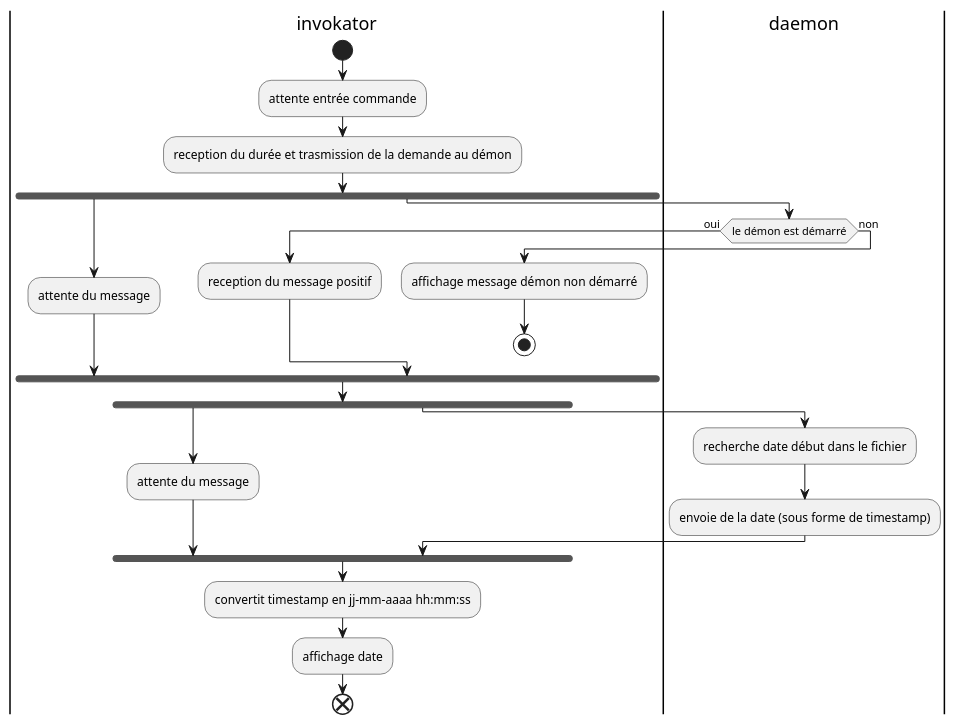
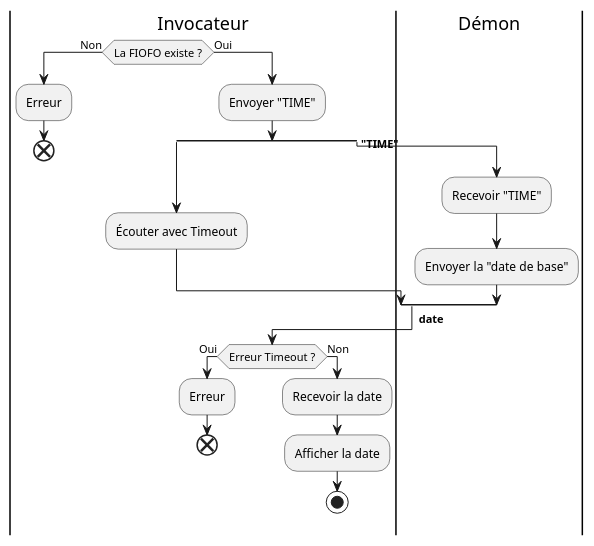
Before and after one commit to Anthony-Jhoiro/Archi-Sys_sophia: the diagram in diagramms/date.puml, drawn with PlantUML. The commit also changed other lines of this file and 6 other files, not shown here.

```diff
--- a/diagramms/date.puml
+++ b/diagramms/date.puml
@@ -1,33 +1,31 @@
 @startuml
+|Invocateur|
+|Démon|
 
-|invokator|
-start
-:attente entrée commande;
-:reception du durée et trasmission de la demande au démon;
-fork
-    :attente du message;
-fork again
-    |daemon|
-    if (le démon est démarré) then (oui)
-        |invokator| 
-        :reception du message positif;
-    else (non)
-        |invokator|
-        :affichage message démon non démarré;
+|Invocateur|
+if (La FIOFO existe ?) then (Non)
+    :Erreur;
+    end 
+else (Oui)
+    :Envoyer "TIME";
+    split 
+        :Écouter avec Timeout;
+    split again 
+        |Démon|
+        -> <b>"TIME";
+        :Recevoir "TIME";
+        :Envoyer la "date de base";
+
+    end split 
+    |Invocateur|
+    -> <b> date;
+    if (Erreur Timeout ?) then (Oui)
+        :Erreur;
+        end
+    else (Non)
+        :Recevoir la date;
+        :Afficher la date;
         stop
-    endif
-end fork
-
-fork
-    :attente du message;
-fork again
-    |daemon|
-    :recherche date début dans le fichier;
-    :envoie de la date (sous forme de timestamp);
-    |invokator|
-end fork
-:convertit timestamp en jj-mm-aaaa hh:mm:ss;
-:affichage date;
-end
+    endif     
 
 @enduml
```
